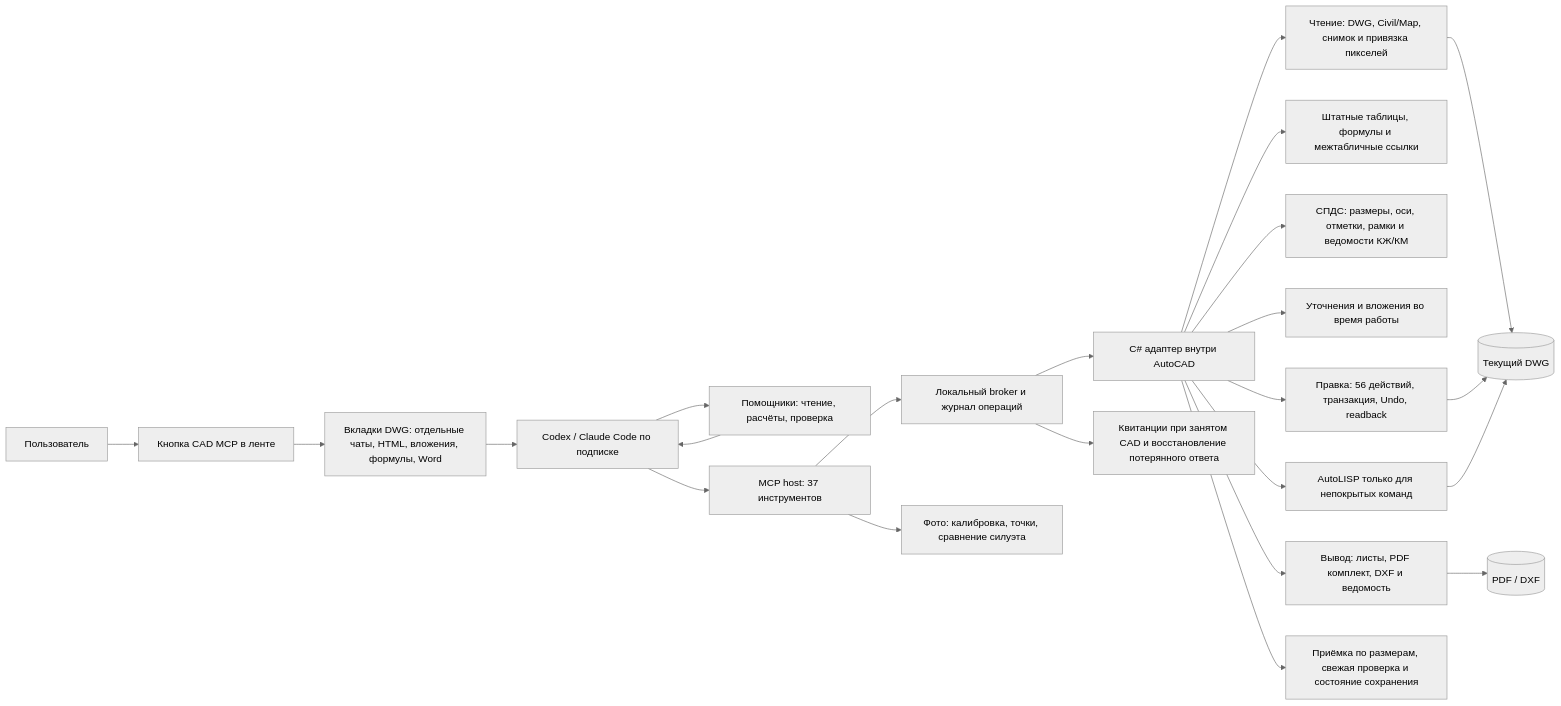
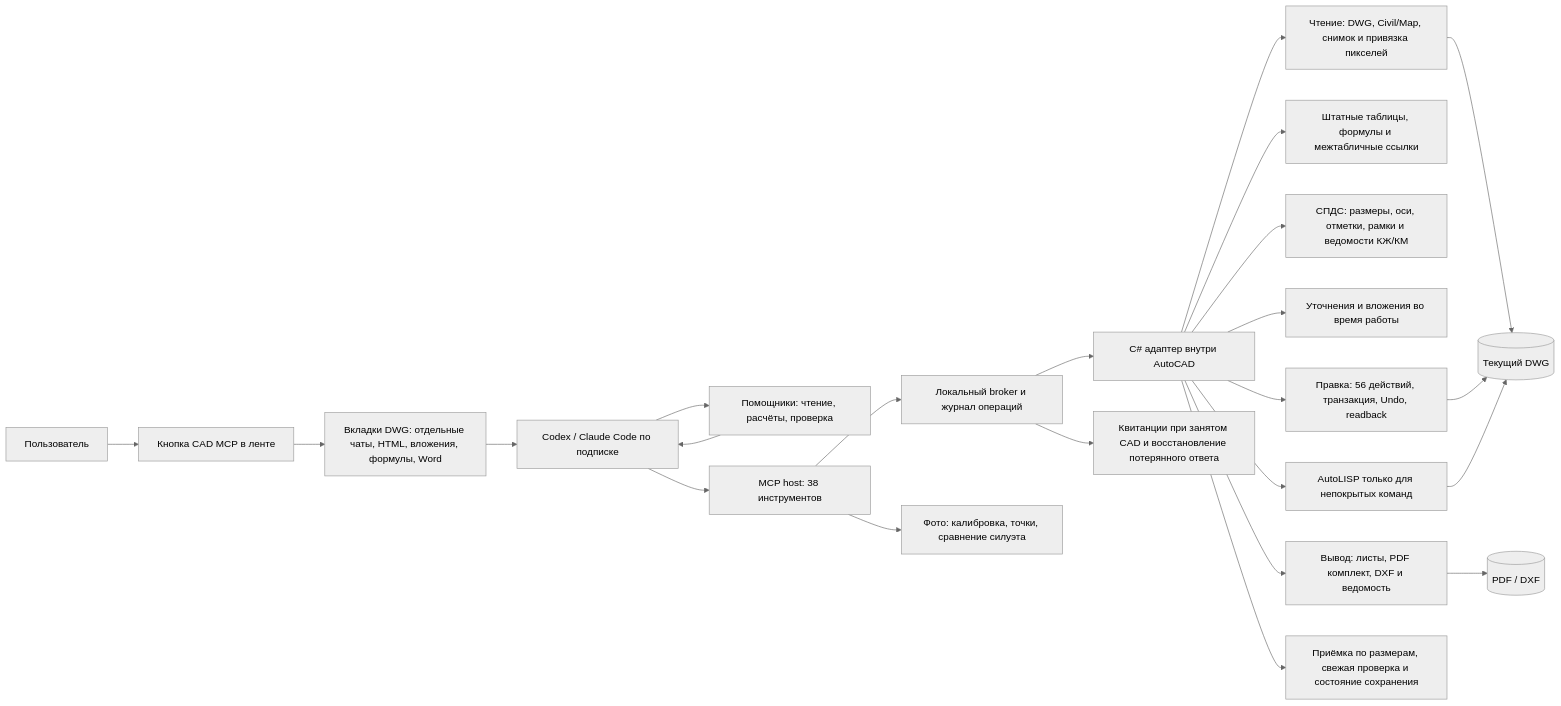
The diagram in docs/capabilities.md (debug23win/autocad-mcp), drawn with Mermaid (neutral theme) before and after one commit. The commit also changed other lines of this file and 46 other files, not shown here.

````diff
--- a/docs/capabilities.md
+++ b/docs/capabilities.md
@@ -3,25 +3,25 @@
 ```mermaid
 flowchart LR
     U[Пользователь] --> R[Кнопка CAD MCP в ленте]
     R --> C[Вкладки DWG: отдельные чаты, HTML, вложения, формулы, Word]
     C --> P[Codex / Claude Code по подписке]
     P --> H[Помощники: чтение, расчёты, проверка]
     H --> P
-    P --> M[MCP host: 37 инструментов]
+    P --> M[MCP host: 38 инструментов]
     M --> B[Локальный broker и журнал операций]
     B --> A[C# адаптер внутри AutoCAD]
     A --> Q[Чтение: DWG, Civil/Map, снимок и привязка пикселей]
     A --> T[Штатные таблицы, формулы и межтабличные ссылки]
     A --> G[СПДС: размеры, оси, отметки, рамки и ведомости КЖ/КМ]
     A --> S[Уточнения и вложения во время работы]
     A --> E[Правка: 56 действий, транзакция, Undo, readback]
     A --> X[Вывод: листы, PDF комплект, DXF и ведомость]
     A --> F[AutoLISP только для непокрытых команд]
     M --> V[Фото: калибровка, точки, сравнение силуэта]
     A --> K[Приёмка по размерам, свежая проверка и состояние сохранения]
     B --> J[Квитанции при занятом CAD и восстановление потерянного ответа]
     Q --> D[(Текущий DWG)]
     E --> D
     X --> O[(PDF / DXF)]
     F --> D
 ```
````
